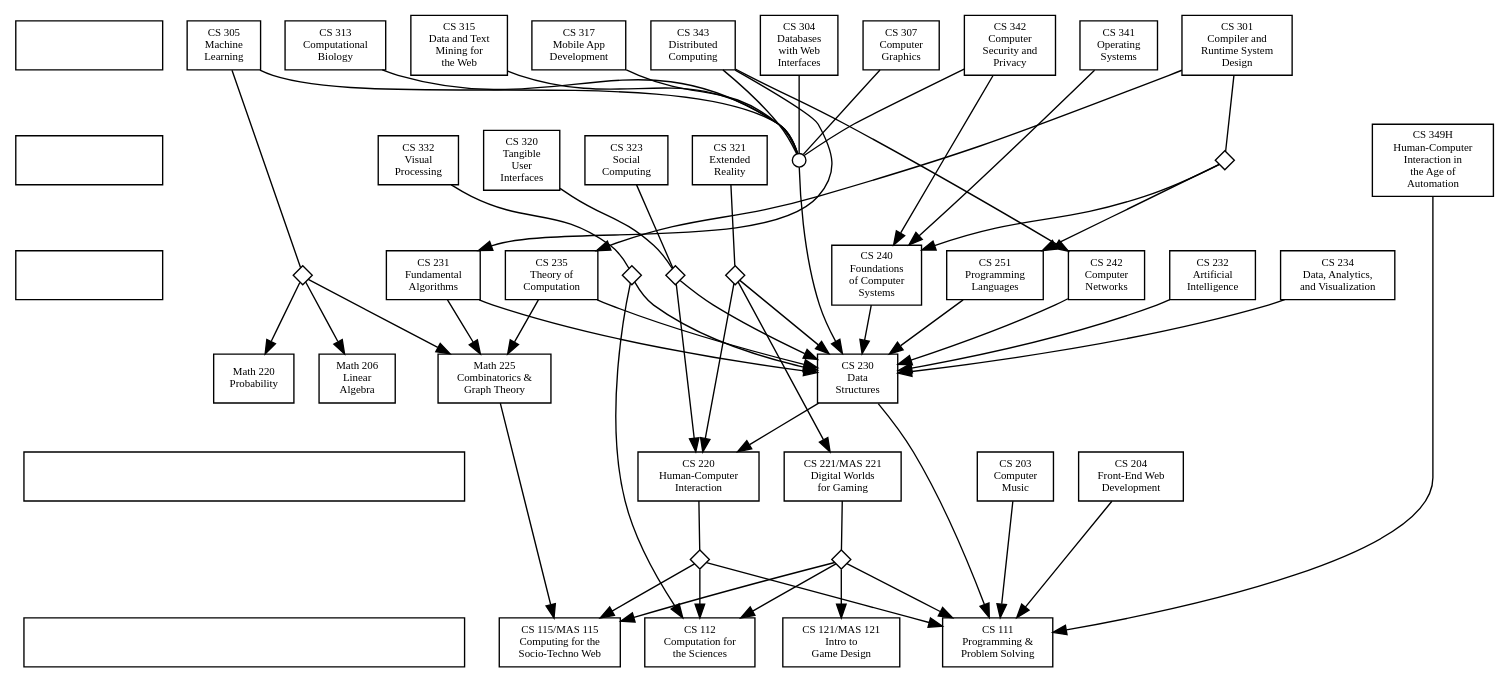
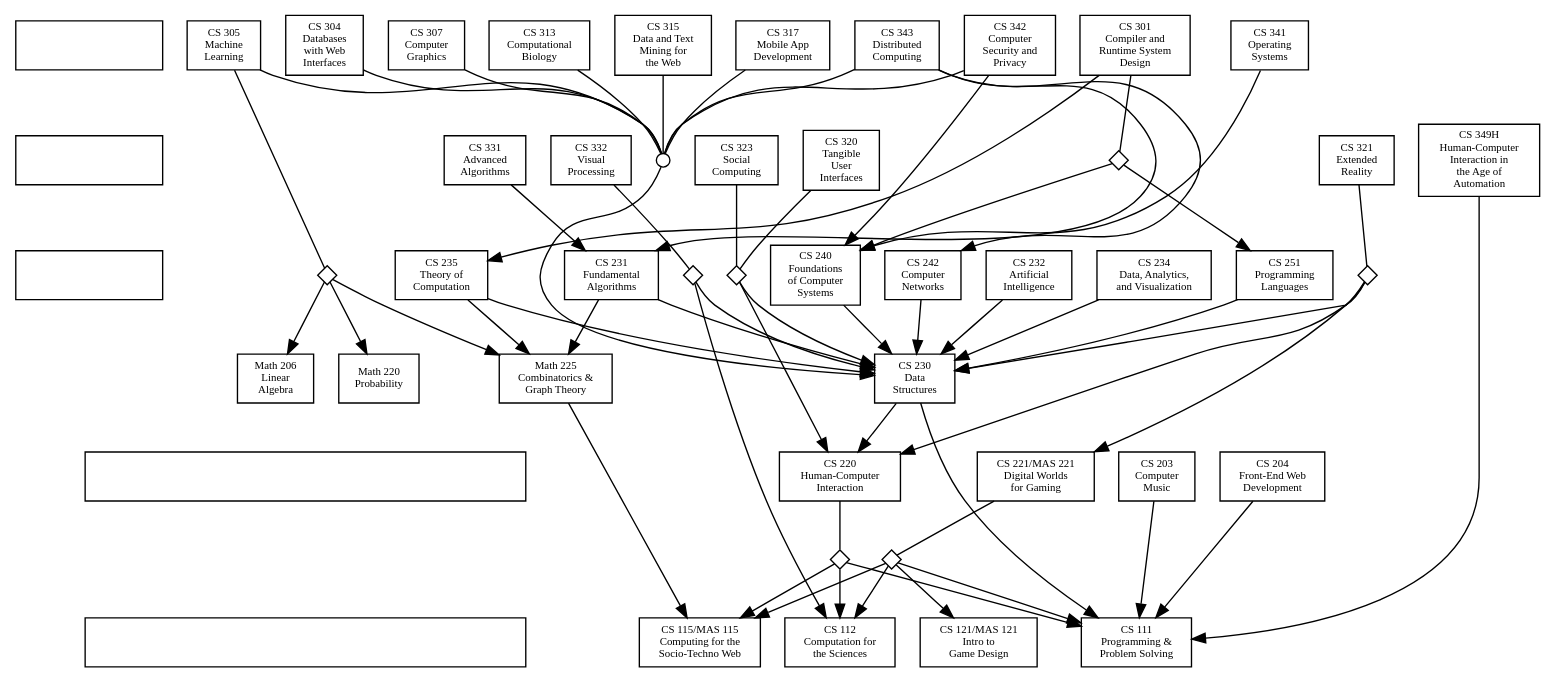
One commit to solsword/prereqs changed the diagram in prereqs.dot. Above: the diagram before and after it, drawn with Graphviz. The commit also changed 11 other files, not shown here.

```diff
--- a/prereqs.dot
+++ b/prereqs.dot
@@ -1,156 +1,159 @@
 digraph Course_Prerequisites {
   // graph [splines=ortho] // don't use curved edges (but this is bad)
 
   // Default properties for every node
   node [shape="rectangle", fontsize="8", style="filled", fillcolor="white"];
 
   // Nodes for the descriptions to be placed into
   // Note: width of these nodes should be adjusted as necessary when the
   // graph layout changes.
   desctop [label="", class="desc-top", width=4.5]
   descbot [label="", class="desc-bot", width=4.5]
   desctop -> descbot [style="invis"]
 
   // Nodes for the legend to be placed onto
   legend_top [label="", class="legend-top", width=1.5]
   legend_mid [label="", class="legend-mid", width=1.5]
   legend_bot [label="", class="legend-bot", width=1.5]
   legend_top -> legend_mid [style="invis"]
   legend_mid -> legend_bot [style="invis"]
 
   // Nodes (classes plus grouping nodes)
   cs111 [label="CS 111\nProgramming &\nProblem Solving", class="core intro"]
-  cs112 [label="CS 112\nComputation for\nthe Sciences", class="intro notoffered"]
+  cs112 [label="CS 112\nComputation for\nthe Sciences", class="intro spring"]
   cs115 [label="CS 115/MAS 115\nComputing for the\nSocio-Techno Web", class="intro"]
   cs121 [label="CS 121/MAS 121\nIntro to\nGame Design", class="intro"]
 
   cs221 [label="CS 221/MAS 221\nDigital Worlds\nfor Gaming", class="elective spring"]
   any100 [label="", shape="diamond", width="0.2", height="0.2", class="opt"]
   cs230 [label="CS 230\nData\nStructures", class="core"]
   cs230up [label="", shape="circle", width="0.14", height="0.14", class="group"]
   cs240 [label="CS 240\nFoundations\nof Computer\nSystems", class="core"]
   cs231 [label="CS 231\nFundamental\nAlgorithms", class="core"]
   cs235 [label="CS 235\nTheory of\nComputation", class="core"]
-  cs251 [label="CS 251\nProgramming\nLanguages", class="core"] 
 
   math225 [label="Math 225\nCombinatorics &\nGraph Theory", class="math required"]
   math206 [label="Math 206\nLinear\nAlgebra", class="math"]
   math220 [label="Math 220\nProbability", class="math"]
 
   cs203 [label="CS 203\nComputer\nMusic", class="elective spring"]
   cs204 [label="CS 204\nFront-End Web\nDevelopment", class="elective fall"]
   cs220 [label="CS 220\nHuman-Computer\nInteraction", class="elective"]
   cs111or112or115 [label="", shape="diamond", width="0.2", height="0.2", class="opt"]
   cs232 [label="CS 232\nArtificial\nIntelligence", class="elective spring"]
   cs234 [label="CS 234\nData, Analytics,\nand Visualization", class="elective fall"]
   cs242 [label="CS 242\nComputer\nNetworks", class="elective fall"]
+  cs251 [label="CS 251\nProgramming\nLanguages", class="elective"]
 
   cs301 [label="CS 301\nCompiler and\nRuntime System\nDesign", class="elective spring"]
   cs240or251 [label="", shape="diamond", width="0.2", height="0.2", class="opt"]
   cs304 [label="CS 304\nDatabases\nwith Web\nInterfaces", class="elective"]
-  cs305 [label="CS 305\nMachine\nLearning", class="elective notoffered"]
+  cs305 [label="CS 305\nMachine\nLearning", class="elective fall"]
   math225or206or220 [label="", shape="diamond", width="0.2", height="0.2", class="opt"]
   cs307 [label="CS 307\nComputer\nGraphics", class="elective spring"]
-  cs313 [label="CS 313\nComputational\nBiology", class="elective notoffered"]
+  cs313 [label="CS 313\nComputational\nBiology", class="elective spring"]
   cs315 [label="CS 315\nData and Text\nMining for\nthe Web", class="elective fall"]
   cs317 [label="CS 317\nMobile App\nDevelopment", class="elective spring"]
   cs230or220 [label="", shape="diamond", width="0.2", height="0.2", class="opt"]
   cs230or220or221 [label="", shape="diamond", width="0.2", height="0.2", class="opt"]
   cs320 [label="CS 320\nTangible\nUser\nInterfaces", class="elective fall"]
   cs321 [label="CS 321\nExtended\nReality", class="elective spring"]
-  cs323 [label="CS 323\nSocial\nComputing", class="elective notoffered"]
+  cs323 [label="CS 323\nSocial\nComputing", class="elective spring"]
 
+  cs331 [label="CS 331\nAdvanced\nAlgorithms", class="elective fall"]
   cs332 [label="CS 332\nVisual\nProcessing", class="elective fall"]
   cs112or230 [label="", shape="diamond", width="0.2", height="0.2", class="opt"]
   cs341 [label="CS 341\nOperating\nSystems", class="elective fall"]
   cs342 [label="CS 342\nComputer\nSecurity and\nPrivacy", class="elective fall"]
-  cs343 [label="CS 343\nDistributed\nComputing", class="elective notoffered"]
+  cs343 [label="CS 343\nDistributed\nComputing", class="elective spring"]
   cs349H [label="CS 349H\nHuman-Computer\nInteraction in\nthe Age of\nAutomation", class="elective spring"]
 
   // Arrangement of the nodes into rank groups
   {rank=same cs111 cs112 cs115 cs121 descbot}
 
   {rank=same
     cs203 cs204 cs220 cs221
     desctop
   }
 
   cs230 -> cs220 [class="invisible"] // forces an extra level
 
   {rank=same
     cs230
     math206 math220 math225
   }
 
   math225 -> cs115 [class="invisible"] // pulls nodes together horizontally
 
   {rank=same
     cs240
     cs231 cs235 cs251
     cs232 cs234 cs242
     legend_bot
   }
 
   {rank=same
     cs320 cs321 cs323
+    cs331
     cs332
     cs349H
     cs230up
     legend_mid
   }
 
   {rank=same
     cs301
     cs304 cs305 cs307
     cs313 cs315
     cs317
     cs341
     cs342 cs343
     legend_top
   }
 
   // Edges (course prerequisites)
   cs203 -> cs111
   cs204 -> cs111
   cs220 -> cs111or112or115 [arrowhead="none", class="options"]
   cs111or112or115 -> { cs111, cs112, cs115 } [class="option"]
   cs221 -> any100 [arrowhead="none", class="options"]
   any100 -> { cs111, cs112, cs115, cs121 } [class="option"]
 
   cs230 -> cs111
-  cs230up -> cs230
+  cs230up -> cs230 [constraint=false]
   cs240 -> cs230
   cs231 -> { cs230, math225 }
   cs235 -> { cs230, math225 }
   cs251 -> cs230
 
   cs232 -> cs230
   cs234 -> cs230
   cs242 -> cs230
 
   cs301 -> cs240or251 [arrowhead="none", class="options"]
   cs240or251 -> { cs240, cs251 } [class="option"]
   cs301 -> cs235 [class="recommended" constraint=false]
   cs304 -> cs230up [arrowhead="none", class="grouping"]
   cs305 -> cs230up [arrowhead="none", class="grouping"]
   cs305 -> math225or206or220 [arrowhead="none", class="options"]
   math225or206or220 -> { math225, math206, math220 } [class="option"]
   cs307 -> cs230up [arrowhead="none", class="grouping"]
   cs317 -> cs230up [arrowhead="none", class="grouping"]
 
   cs313 -> cs230up [arrowhead="none", class="grouping"]
   cs315 -> cs230up [arrowhead="none", class="grouping"]
   cs320 -> cs230or220 [arrowhead="none", class="options"]
   cs230or220 -> { cs220, cs230 } [class="option"]
   cs230or220or221 -> { cs220, cs221, cs230 } [class="option"]
   cs321 -> cs230or220or221 [arrowhead="none", class="options"]
   cs323 -> cs230or220 [arrowhead="none", class="options"]
+  cs331 -> cs231
   cs332 -> cs112or230 [arrowhead="none", class="options"]
   cs112or230 -> { cs112, cs230 } [class="option"]
   cs341 -> cs240
   cs342 -> cs230up [arrowhead="none", class="grouping"]
   cs342 -> cs240
   cs343 -> cs230up [arrowhead="none", class="grouping"]
   cs343 -> { cs231, cs242 } [class="recommended" constraint=false]
   cs349H -> cs111 // Much more complicated than this!
 }
```
